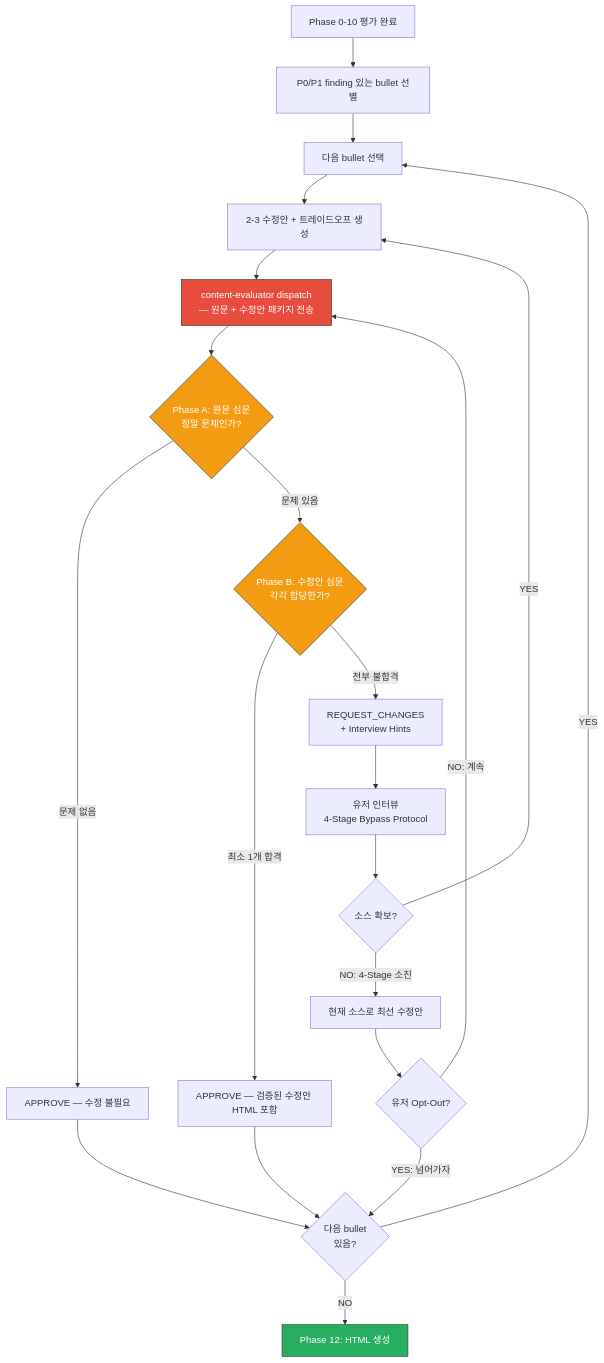
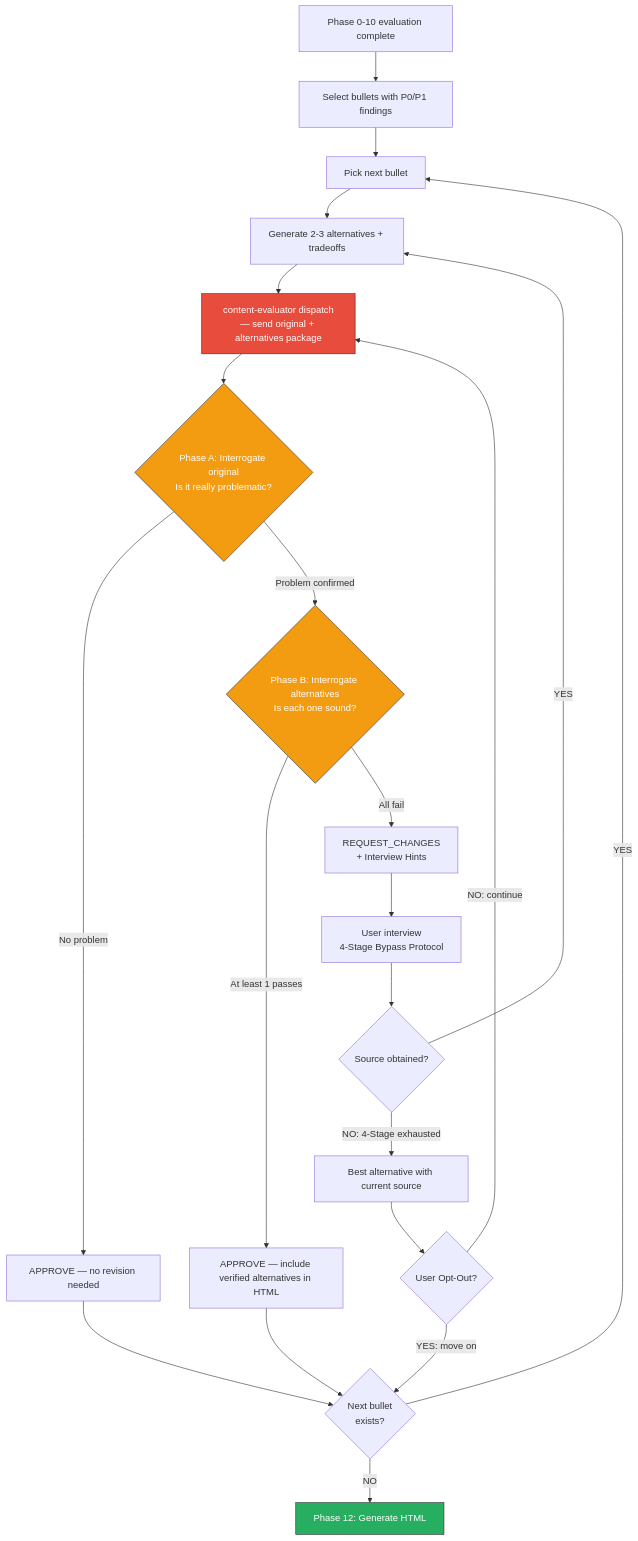
The third of 3 diagrams in skills/review-resume/SKILL.md (toongri/oh-my-toong-playground), drawn with Mermaid before and after one commit. The commit also changed other lines of this file and 2 other files, not shown here.

Commit message:
refactor: content-evaluator, quality-gate 영어 재작성

````diff
--- a/skills/review-resume/SKILL.md
+++ b/skills/review-resume/SKILL.md
@@ -463,34 +463,34 @@
 ```mermaid
 flowchart TB
-    START[Phase 0-10 평가 완료] --> SELECT[P0/P1 finding 있는 bullet 선별]
-    SELECT --> PICK[다음 bullet 선택]
+    START[Phase 0-10 evaluation complete] --> SELECT[Select bullets with P0/P1 findings]
+    SELECT --> PICK[Pick next bullet]
 
-    PICK --> ALT[2-3 수정안 + 트레이드오프 생성]
-    ALT --> DISPATCH[content-evaluator dispatch\n— 원문 + 수정안 패키지 전송]
+    PICK --> ALT[Generate 2-3 alternatives + tradeoffs]
+    ALT --> DISPATCH[content-evaluator dispatch\n— send original + alternatives package]
 
-    DISPATCH --> DIAG{Phase A: 원문 심문\n정말 문제인가?}
-    DIAG -->|문제 없음| APPROVE_ORIG[APPROVE — 수정 불필요]
-    DIAG -->|문제 있음| ALTEVAL{Phase B: 수정안 심문\n각각 합당한가?}
+    DISPATCH --> DIAG{Phase A: Interrogate original\nIs it really problematic?}
+    DIAG -->|No problem| APPROVE_ORIG[APPROVE — no revision needed]
+    DIAG -->|Problem confirmed| ALTEVAL{Phase B: Interrogate alternatives\nIs each one sound?}
 
-    ALTEVAL -->|최소 1개 합격| APPROVE_ALT[APPROVE — 검증된 수정안 HTML 포함]
-    ALTEVAL -->|전부 불합격| CHANGES[REQUEST_CHANGES\n+ Interview Hints]
+    ALTEVAL -->|At least 1 passes| APPROVE_ALT[APPROVE — include verified alternatives in HTML]
+    ALTEVAL -->|All fail| CHANGES[REQUEST_CHANGES\n+ Interview Hints]
 
-    CHANGES --> INTERVIEW[유저 인터뷰\n4-Stage Bypass Protocol]
-    INTERVIEW --> SOURCE{소스 확보?}
+    CHANGES --> INTERVIEW[User interview\n4-Stage Bypass Protocol]
+    INTERVIEW --> SOURCE{Source obtained?}
     SOURCE -->|YES| ALT
-    SOURCE -->|NO: 4-Stage 소진| BEST[현재 소스로 최선 수정안]
-    BEST --> OPTOUT{유저 Opt-Out?}
-    OPTOUT -->|YES: 넘어가자| NEXT
-    OPTOUT -->|NO: 계속| DISPATCH
+    SOURCE -->|NO: 4-Stage exhausted| BEST[Best alternative with current source]
+    BEST --> OPTOUT{User Opt-Out?}
+    OPTOUT -->|YES: move on| NEXT
+    OPTOUT -->|NO: continue| DISPATCH
 
-    APPROVE_ORIG --> NEXT{다음 bullet\n있음?}
+    APPROVE_ORIG --> NEXT{Next bullet\nexists?}
     APPROVE_ALT --> NEXT
 
     NEXT -->|YES| PICK
-    NEXT -->|NO| DONE[Phase 12: HTML 생성]
+    NEXT -->|NO| DONE[Phase 12: Generate HTML]
 
     style DISPATCH fill:#e74c3c,stroke:#333,color:#fff
     style DIAG fill:#f39c12,stroke:#333,color:#fff
     style ALTEVAL fill:#f39c12,stroke:#333,color:#fff
     style DONE fill:#27ae60,stroke:#333,color:#fff
 ```
````
